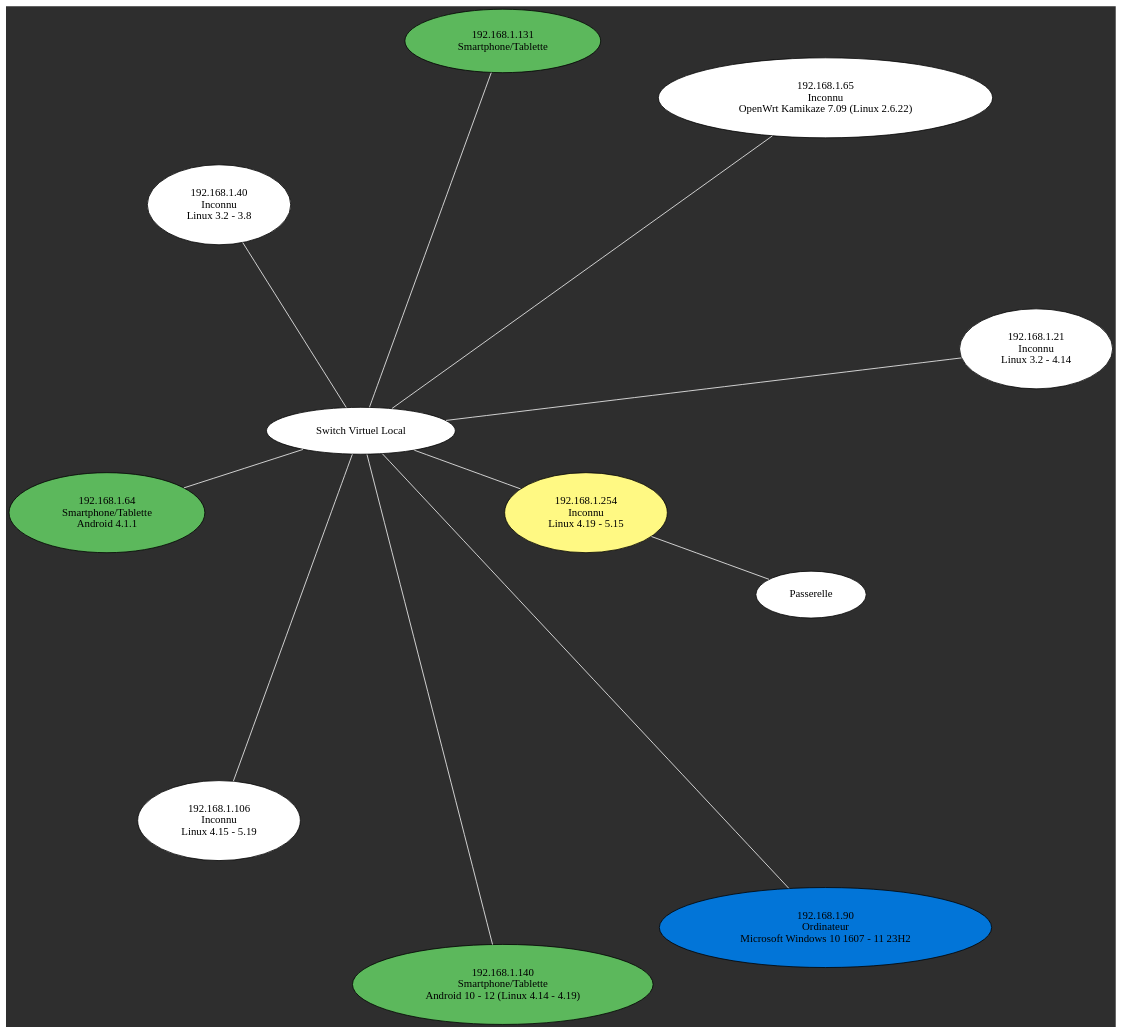
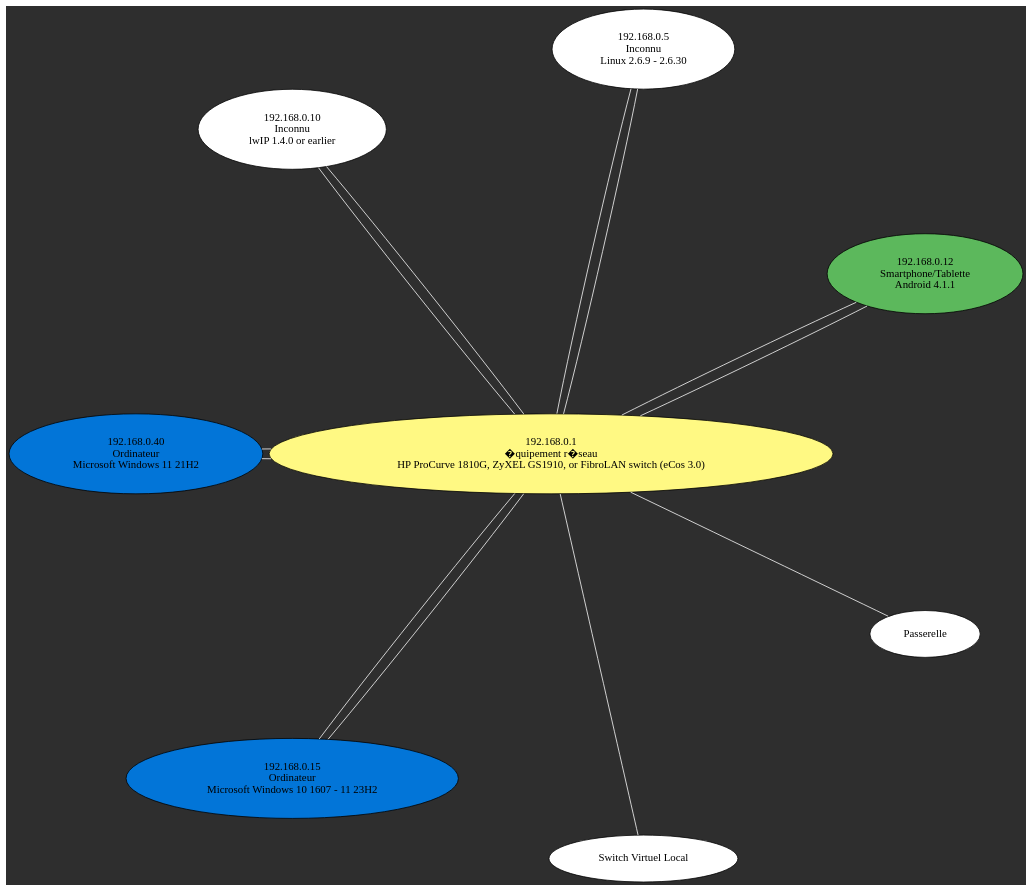
Before and after one commit to Traygueur/net_map: the diagram in x64/Release/network.dot, drawn with Graphviz. The commit also changed 18 other files, not shown here.

```diff
--- a/x64/Release/network.dot
+++ b/x64/Release/network.dot
@@ -1,30 +1,29 @@
 graph Network {
     layout=twopi;
     bgcolor="#2E2E2E";
     overlap=scale;
     splines=true;
     node [style=filled, shape=ellipse, fillcolor="white", fontcolor="black", color="black", fontsize=14, margin=0.2];
     edge [color="white"];
 
     "SWITCH_LOCAL" [label="Switch Virtuel Local"];
     "Passerelle" [label="Passerelle"];
-    "Passerelle" -- "192.168.1.254";
-    "SWITCH_LOCAL" -- "192.168.1.254";
-    "192.168.1.21" [label="192.168.1.21\nInconnu\nLinux 3.2 - 4.14", fillcolor="#FFFFFF"];
-    "SWITCH_LOCAL" -- "192.168.1.21";
-    "192.168.1.65" [label="192.168.1.65\nInconnu\nOpenWrt Kamikaze 7.09 (Linux 2.6.22)", fillcolor="#FFFFFF"];
-    "SWITCH_LOCAL" -- "192.168.1.65";
-    "192.168.1.131" [label="192.168.1.131\nSmartphone/Tablette\n", fillcolor="#5CB85C"];
-    "SWITCH_LOCAL" -- "192.168.1.131";
-    "192.168.1.254" [label="192.168.1.254\nInconnu\nLinux 4.19 - 5.15", root=true, fillcolor="#fff983"];
-    "192.168.1.40" [label="192.168.1.40\nInconnu\nLinux 3.2 - 3.8", fillcolor="#FFFFFF"];
-    "SWITCH_LOCAL" -- "192.168.1.40";
-    "192.168.1.64" [label="192.168.1.64\nSmartphone/Tablette\nAndroid 4.1.1", fillcolor="#5CB85C"];
-    "SWITCH_LOCAL" -- "192.168.1.64";
-    "192.168.1.106" [label="192.168.1.106\nInconnu\nLinux 4.15 - 5.19", fillcolor="#FFFFFF"];
-    "SWITCH_LOCAL" -- "192.168.1.106";
-    "192.168.1.140" [label="192.168.1.140\nSmartphone/Tablette\nAndroid 10 - 12 (Linux 4.14 - 4.19)", fillcolor="#5CB85C"];
-    "SWITCH_LOCAL" -- "192.168.1.140";
-    "192.168.1.90" [label="192.168.1.90\nOrdinateur\nMicrosoft Windows 10 1607 - 11 23H2", fillcolor="#0275D8"];
-    "SWITCH_LOCAL" -- "192.168.1.90";
+    "Passerelle" -- "192.168.0.1";
+    "SWITCH_LOCAL" -- "192.168.0.1";
+    "192.168.0.1" [label="192.168.0.1\n�quipement r�seau\nHP ProCurve 1810G, ZyXEL GS1910, or FibroLAN switch (eCos 3.0)", root=true, fillcolor="#fff983"];
+    "192.168.0.12" [label="192.168.0.12\nSmartphone/Tablette\nAndroid 4.1.1", fillcolor="#5CB85C"];
+    "192.168.0.1" -- "192.168.0.12";
+    "192.168.0.12" -- "192.168.0.1";
+    "192.168.0.5" [label="192.168.0.5\nInconnu\nLinux 2.6.9 - 2.6.30", fillcolor="#FFFFFF"];
+    "192.168.0.1" -- "192.168.0.5";
+    "192.168.0.5" -- "192.168.0.1";
+    "192.168.0.10" [label="192.168.0.10\nInconnu\nlwIP 1.4.0 or earlier", fillcolor="#FFFFFF"];
+    "192.168.0.1" -- "192.168.0.10";
+    "192.168.0.10" -- "192.168.0.1";
+    "192.168.0.40" [label="192.168.0.40\nOrdinateur\nMicrosoft Windows 11 21H2", fillcolor="#0275D8"];
+    "192.168.0.1" -- "192.168.0.40";
+    "192.168.0.40" -- "192.168.0.1";
+    "192.168.0.15" [label="192.168.0.15\nOrdinateur\nMicrosoft Windows 10 1607 - 11 23H2", fillcolor="#0275D8"];
+    "192.168.0.1" -- "192.168.0.15";
+    "192.168.0.15" -- "192.168.0.1";
 }
```
